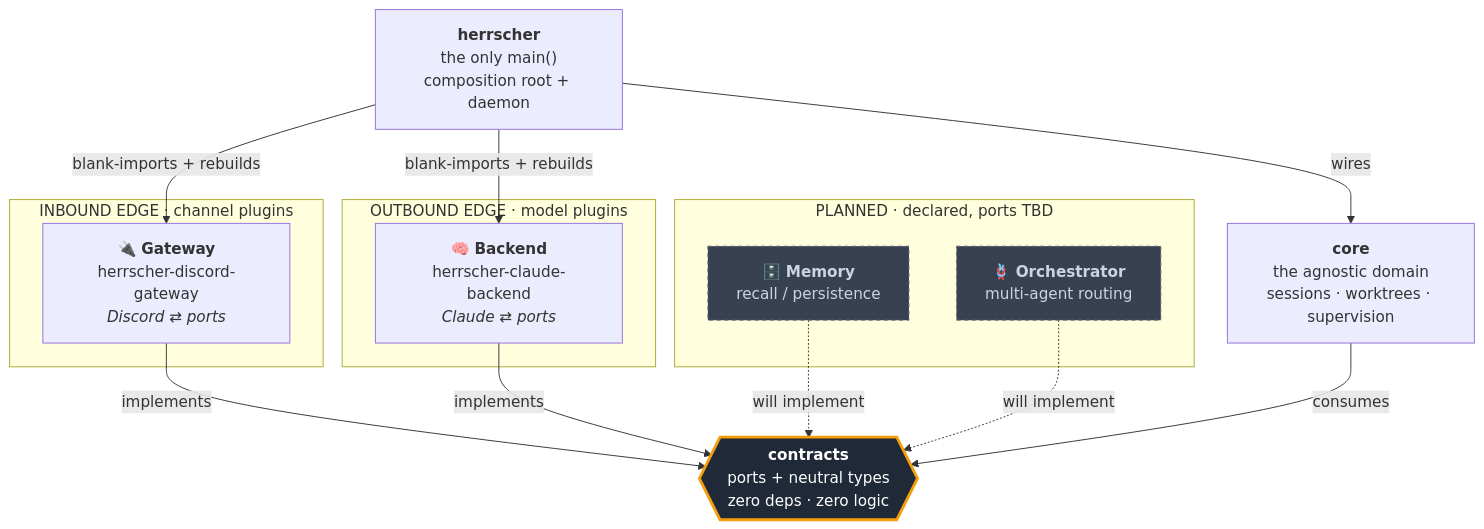
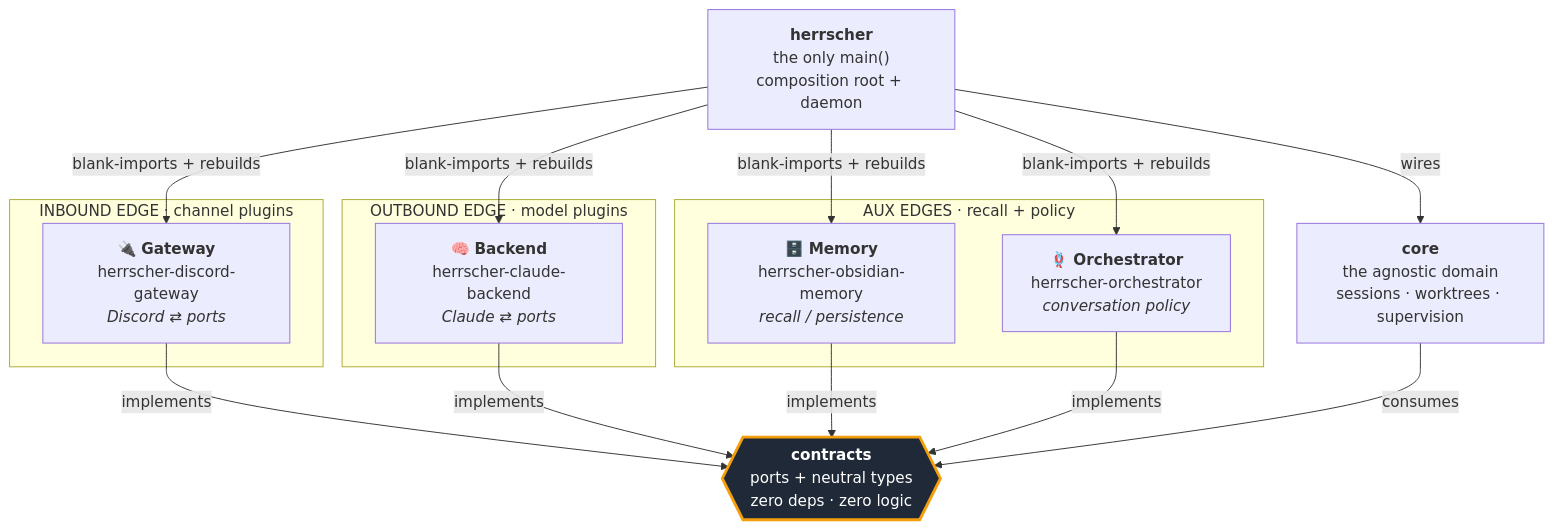
Before and after one commit to Herrscherd/herrscher: the first of 6 diagrams in README.md, drawn with Mermaid. The commit also changed other lines of this file, not shown here.

Commit message:
docs: gateway-agnostic host; drop removed channel verbs; pacman install

````diff
--- a/README.md
+++ b/README.md
@@ -61,33 +64,33 @@
 ```mermaid
 flowchart TB
     subgraph plugins_in["INBOUND EDGE · channel plugins"]
         GW["🔌 <b>Gateway</b><br/>herrscher-discord-gateway<br/><i>Discord ⇄ ports</i>"]
     end
 
     subgraph plugins_out["OUTBOUND EDGE · model plugins"]
         BE["🧠 <b>Backend</b><br/>herrscher-claude-backend<br/><i>Claude ⇄ ports</i>"]
     end
 
-    subgraph planned["PLANNED · declared, ports TBD"]
-        MEM["🗄️ <b>Memory</b><br/>recall / persistence"]
-        ORCH["🪢 <b>Orchestrator</b><br/>multi-agent routing"]
+    subgraph plugins_aux["AUX EDGES · recall + policy"]
+        MEM["🗄️ <b>Memory</b><br/>herrscher-obsidian-memory<br/><i>recall / persistence</i>"]
+        ORCH["🪢 <b>Orchestrator</b><br/>herrscher-orchestrator<br/><i>conversation policy</i>"]
     end
 
     CONTRACTS{{"<b>contracts</b><br/>ports + neutral types<br/>zero deps · zero logic"}}
     CORE["<b>core</b><br/>the agnostic domain<br/>sessions · worktrees · supervision"]
     HOST["<b>herrscher</b><br/>the only main()<br/>composition root + daemon"]
 
     GW       -- implements --> CONTRACTS
     BE       -- implements --> CONTRACTS
-    MEM      -. will implement .-> CONTRACTS
-    ORCH     -. will implement .-> CONTRACTS
+    MEM      -- implements --> CONTRACTS
+    ORCH     -- implements --> CONTRACTS
     CORE     -- consumes   --> CONTRACTS
     HOST     -- wires      --> CORE
     HOST     -- "blank-imports + rebuilds" --> GW
     HOST     -- "blank-imports + rebuilds" --> BE
+    HOST     -- "blank-imports + rebuilds" --> MEM
+    HOST     -- "blank-imports + rebuilds" --> ORCH
 
     classDef hub fill:#1f2937,stroke:#f59e0b,stroke-width:3px,color:#fff;
-    classDef plan fill:#374151,stroke:#6b7280,stroke-dasharray:4,color:#cbd5e1;
     class CONTRACTS hub;
-    class MEM,ORCH plan;
 ```
````
